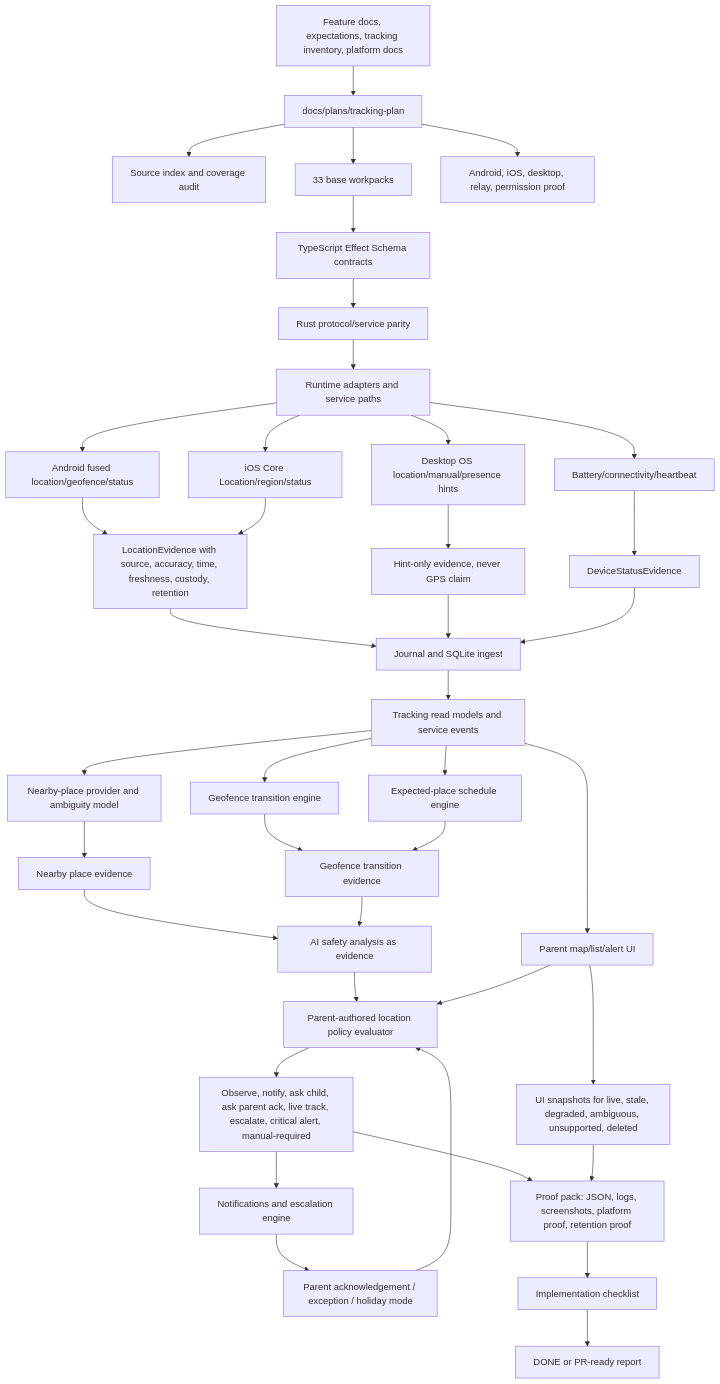
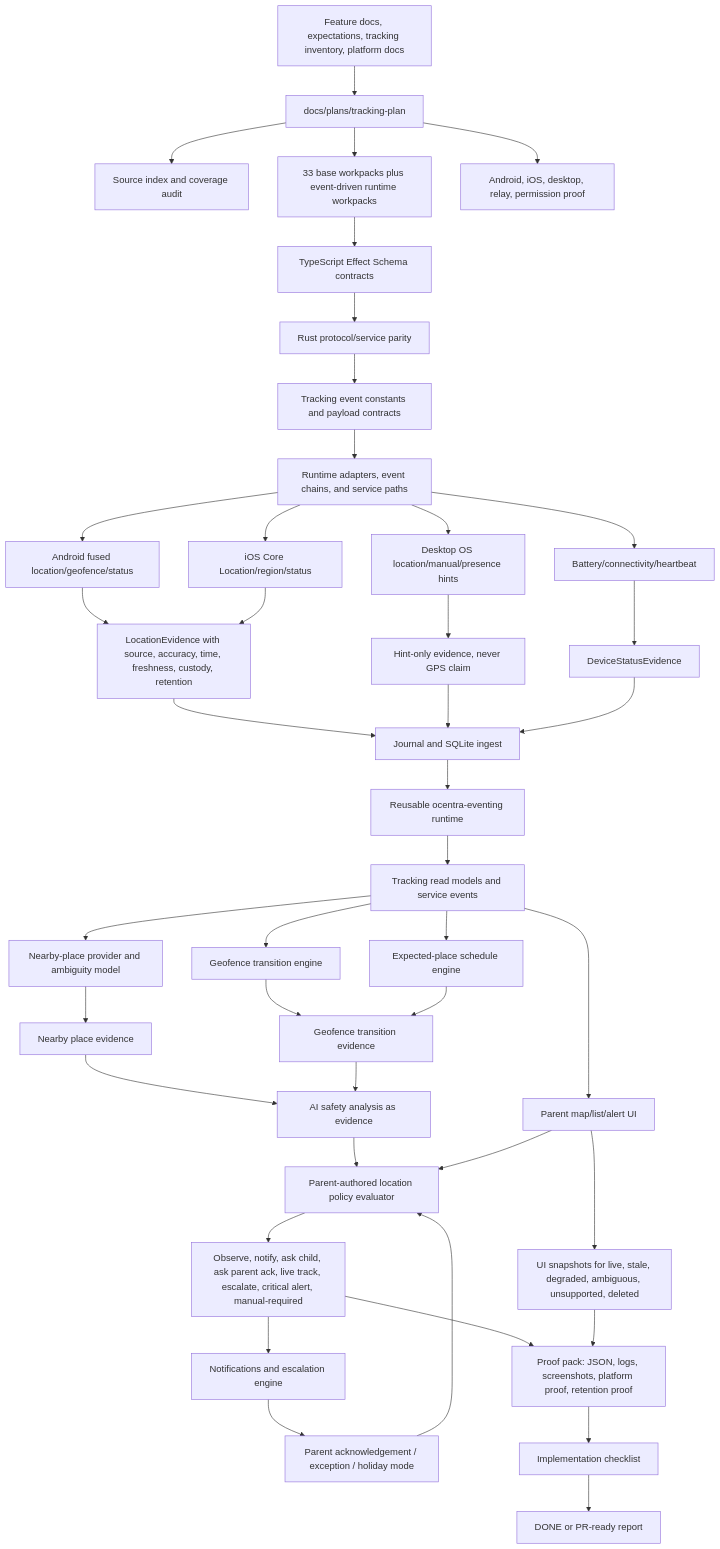
The diagram in docs/plans/tracking-plan/README.md (ocentra/OcentraParent), drawn with Mermaid before and after one commit. The commit also changed other lines of this file and 10 other files, not shown here.

Commit message:
Reframe tracking event runtime plan

````diff
--- a/docs/plans/tracking-plan/README.md
+++ b/docs/plans/tracking-plan/README.md
@@ -48,52 +180,54 @@
 ```mermaid
 flowchart TD
   FeatureDocs["Feature docs, expectations, tracking inventory, platform docs"] --> TrackingPlan["docs/plans/tracking-plan"]
   TrackingPlan --> SourceIndex["Source index and coverage audit"]
-  TrackingPlan --> Workpacks["33 base workpacks"]
+  TrackingPlan --> Workpacks["33 base workpacks plus event-driven runtime workpacks"]
   TrackingPlan --> PlatformDeepDive["Android, iOS, desktop, relay, permission proof"]
 
   Workpacks --> Contracts["TypeScript Effect Schema contracts"]
   Contracts --> RustProtocol["Rust protocol/service parity"]
-  RustProtocol --> Runtime["Runtime adapters and service paths"]
+  RustProtocol --> EventContracts["Tracking event constants and payload contracts"]
+  EventContracts --> Runtime["Runtime adapters, event chains, and service paths"]
 
   Runtime --> AndroidLoc["Android fused location/geofence/status"]
   Runtime --> IosLoc["iOS Core Location/region/status"]
   Runtime --> DesktopHints["Desktop OS location/manual/presence hints"]
   Runtime --> DeviceStatus["Battery/connectivity/heartbeat"]
 
   AndroidLoc --> LocationEvidence["LocationEvidence with source, accuracy, time, freshness, custody, retention"]
   IosLoc --> LocationEvidence
   DesktopHints --> LocationHints["Hint-only evidence, never GPS claim"]
   DeviceStatus --> StatusEvidence["DeviceStatusEvidence"]
 
   LocationEvidence --> Journal["Journal and SQLite ingest"]
   LocationHints --> Journal
   StatusEvidence --> Journal
 
-  Journal --> ReadModels["Tracking read models and service events"]
+  Journal --> EventBus["Reusable ocentra-eventing runtime"]
+  EventBus --> ReadModels["Tracking read models and service events"]
   ReadModels --> Portal["Parent map/list/alert UI"]
 
   ReadModels --> GeofenceEngine["Geofence transition engine"]
   ReadModels --> ExpectedPlace["Expected-place schedule engine"]
   ReadModels --> Places["Nearby-place provider and ambiguity model"]
 
   GeofenceEngine --> PolicyInput["Geofence transition evidence"]
   ExpectedPlace --> PolicyInput
   Places --> PlaceEvidence["Nearby place evidence"]
   PlaceEvidence --> AiSafety["AI safety analysis as evidence"]
   PolicyInput --> AiSafety
 
   AiSafety --> ParentPolicy["Parent-authored location policy evaluator"]
   Portal --> ParentPolicy
   ParentPolicy --> Decision["Observe, notify, ask child, ask parent ack, live track, escalate, critical alert, manual-required"]
 
   Decision --> Alerts["Notifications and escalation engine"]
   Alerts --> Ack["Parent acknowledgement / exception / holiday mode"]
   Ack --> ParentPolicy
 
   Decision --> ProofPack["Proof pack: JSON, logs, screenshots, platform proof, retention proof"]
   Portal --> UiSnapshots["UI snapshots for live, stale, degraded, ambiguous, unsupported, deleted"]
   UiSnapshots --> ProofPack
   ProofPack --> Checklist["Implementation checklist"]
   Checklist --> DoneGate["DONE or PR-ready report"]
 ```
````
